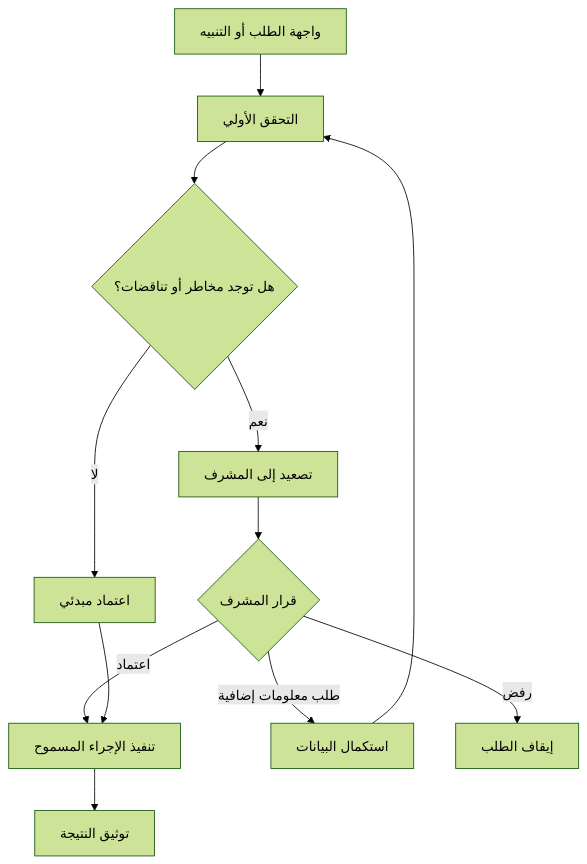
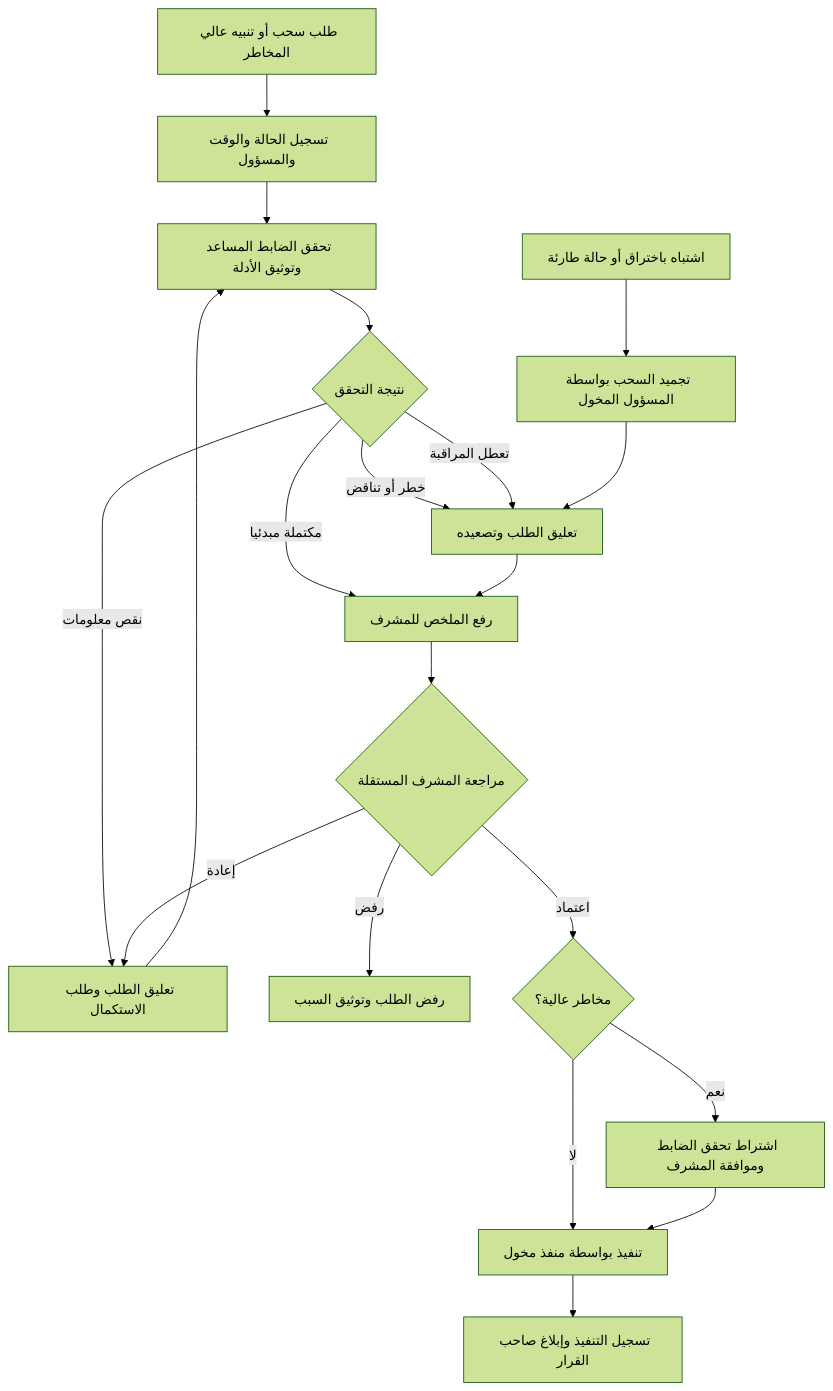
One commit to ox5qmuteb-dotcom/moteb-arabic-arch changed the diagram in README.md. Above: the diagram before and after it, drawn with Mermaid (forest theme). The commit also changed other lines of this file, not shown here.

Commit message:
Document safe withdrawal review and risk controls

````diff
--- a/README.md
+++ b/README.md
@@ -14,14 +16,22 @@
 ```mermaid
 flowchart TD
-    A[واجهة الطلب أو التنبيه] --> B[التحقق الأولي]
-    B --> C{هل توجد مخاطر أو تناقضات؟}
-    C -- نعم --> D[تصعيد إلى المشرف]
-    C -- لا --> E[اعتماد مبدئي]
-    D --> F{قرار المشرف}
-    F -- اعتماد --> G[تنفيذ الإجراء المسموح]
-    F -- طلب معلومات إضافية --> H[استكمال البيانات]
-    F -- رفض --> I[إيقاف الطلب]
-    E --> G
-    H --> B
-    G --> J[توثيق النتيجة]
+    A[طلب سحب أو تنبيه عالي المخاطر] --> B[تسجيل الحالة والوقت والمسؤول]
+    B --> C[تحقق الضابط المساعد وتوثيق الأدلة]
+    C --> D{نتيجة التحقق}
+    D -- نقص معلومات --> E[تعليق الطلب وطلب الاستكمال]
+    E --> C
+    D -- خطر أو تناقض --> F[تعليق الطلب وتصعيده]
+    D -- تعطل المراقبة --> F
+    D -- مكتملة مبدئيا --> G[رفع الملخص للمشرف]
+    F --> G
+    G --> H{مراجعة المشرف المستقلة}
+    H -- إعادة --> E
+    H -- رفض --> I[رفض الطلب وتوثيق السبب]
+    H -- اعتماد --> J{مخاطر عالية؟}
+    J -- نعم --> K[اشتراط تحقق الضابط وموافقة المشرف]
+    J -- لا --> L[تنفيذ بواسطة منفذ مخول]
+    K --> L
+    L --> M[تسجيل التنفيذ وإبلاغ صاحب القرار]
+    N[اشتباه باختراق أو حالة طارئة] --> O[تجميد السحب بواسطة المسؤول المخول]
+    O --> F
 ```
````
